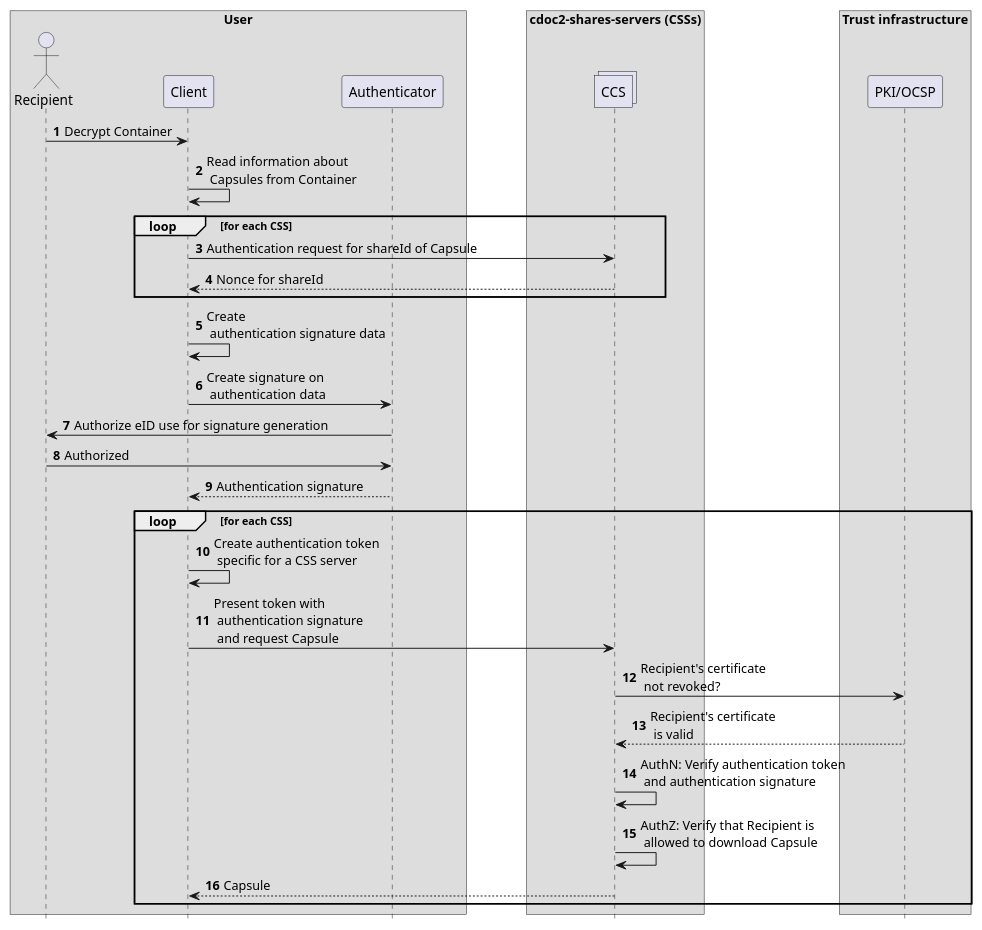
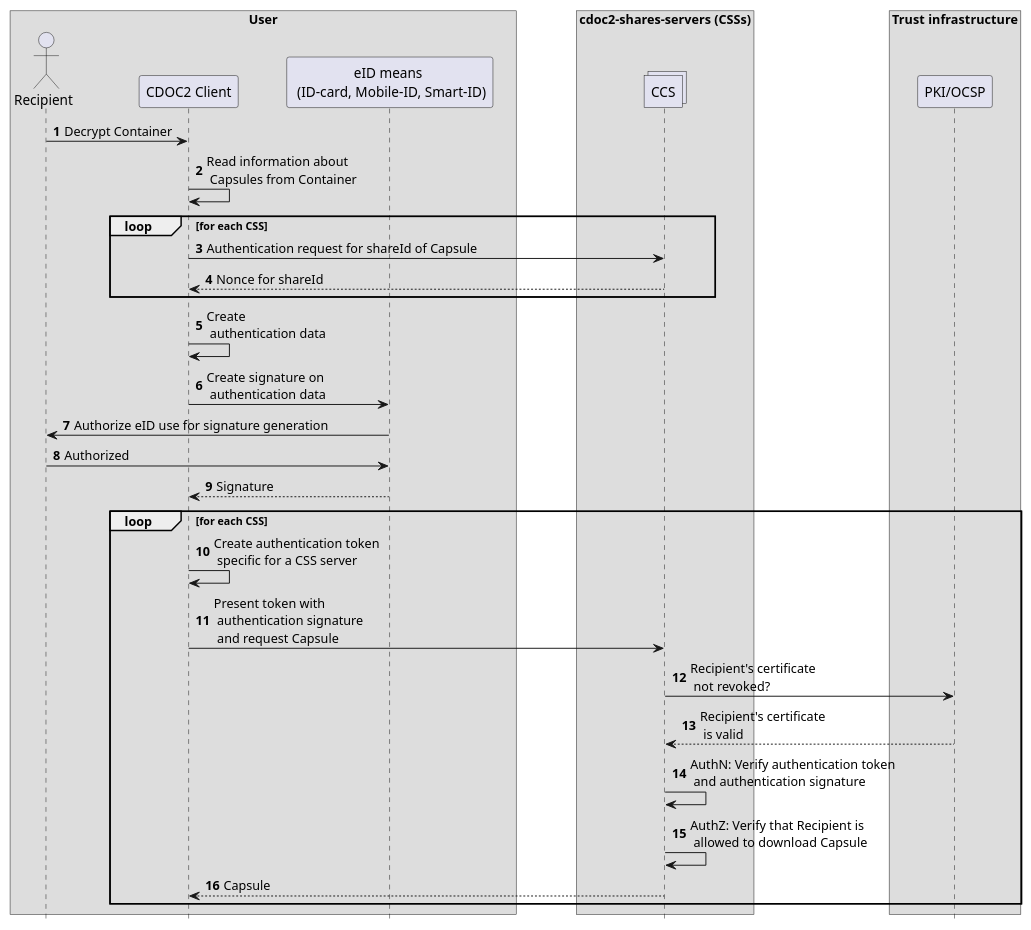
One commit to open-eid/CDOC2 changed the diagram in cdoc2-system-docs/docs/03_system_architecture/ch05_ID_authentication_protocol.md. Above: the diagram before and after it, drawn with PlantUML. The commit also changed other lines of this file and 1 other file, not shown here.

````diff
--- a/cdoc2-system-docs/docs/03_system_architecture/ch05_ID_authentication_protocol.md
+++ b/cdoc2-system-docs/docs/03_system_architecture/ch05_ID_authentication_protocol.md
@@ -34,43 +34,43 @@
 ```plantuml
 @startuml
 skinparam ParticipantPadding 20
 skinparam BoxPadding 30
 hide footbox
 autonumber
 
 box "User"
 Actor Recipient as R
-participant Client as C
-participant Authenticator as A
+participant "CDOC2 Client" as C
+participant "eID means \n (ID-card, Mobile-ID, Smart-ID)" as A
 end box
 
 box "cdoc2-shares-servers (CSSs)"
 collections CCS as S
 end box
 
 box "Trust infrastructure"
 participant "PKI/OCSP" as PKI
 end box
 
 R -> C: Decrypt Container
 C -> C: Read information about \n Capsules from Container
 loop for each CSS
     C -> S: Authentication request for shareId of Capsule
     S --> C: Nonce for shareId
 end
-C -> C: Create \n authentication signature data
+C -> C: Create \n authentication data
 C -> A: Create signature on \n authentication data
 A -> R: Authorize eID use for signature generation
 R -> A: Authorized
-A --> C: Authentication signature
+A --> C: Signature
 loop for each CSS
     C -> C: Create authentication token \n specific for a CSS server
     C -> S: Present token with \n authentication signature \n and request Capsule
     S -> PKI: Recipient's certificate \n not revoked?
     PKI --> S: Recipient's certificate \n is valid
     S -> S: AuthN: Verify authentication token \n and authentication signature
     S -> S: AuthZ: Verify that Recipient is \n allowed to download Capsule
     S --> C: Capsule
 end
 @enduml
 ```
````
